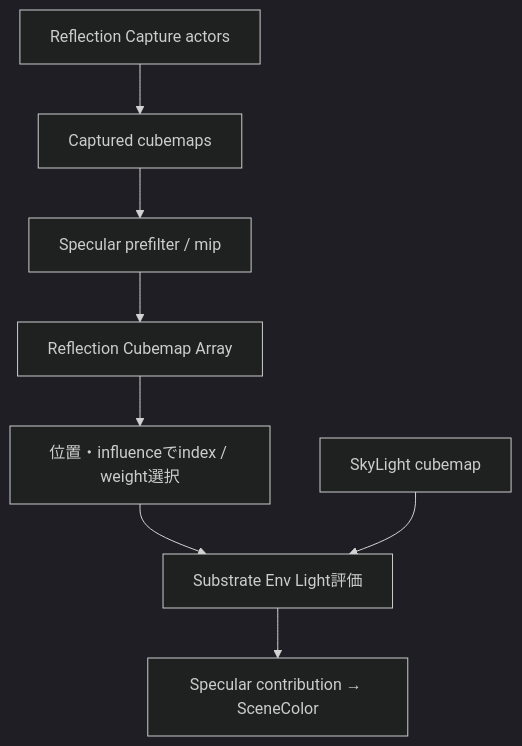
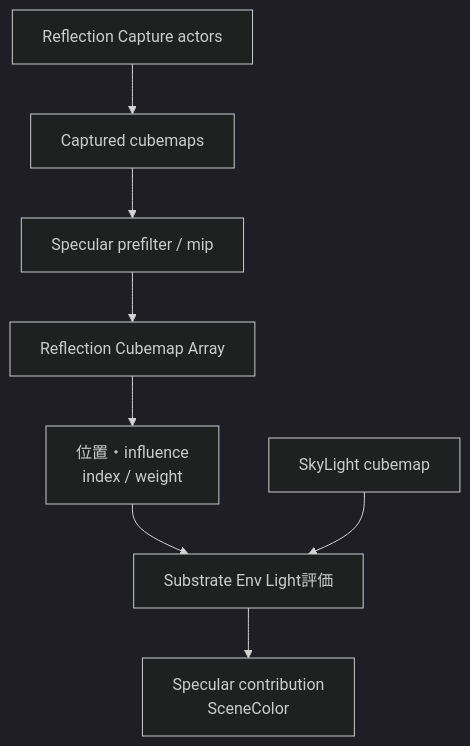
Before and after one commit to tomosud/Odyssey: the third of 3 diagrams in UE_lighting/05_間接光・SkyLight・Reflection.md, drawn with Mermaid (dark theme). The commit also changed other lines of this file and 3 other files, not shown here.

````diff
--- a/UE_lighting/05_間接光・SkyLight・Reflection.md
+++ b/UE_lighting/05_間接光・SkyLight・Reflection.md
@@ -19,10 +72,14 @@
 ```mermaid
 flowchart TD
-    RC[Reflection Capture actors] --> CUBE[Captured cubemaps]
-    CUBE --> PREF[Specular prefilter / mip]
-    PREF --> ARR[Reflection Cubemap Array]
-    ARR --> SEL[位置・influenceでindex / weight選択]
-    SEL --> ENV[Substrate Env Light評価]
-    SKY[SkyLight cubemap] --> ENV
-    ENV --> SC[Specular contribution → SceneColor]
+    RC["Reflection Capture actors"]
+    CUBE["Captured cubemaps"]
+    PREF["Specular prefilter / mip"]
+    ARR["Reflection Cubemap Array"]
+    SEL["位置・influence<br/>index / weight"]
+    ENV["Substrate Env Light評価"]
+    SKY["SkyLight cubemap"]
+    SC["Specular contribution<br/>SceneColor"]
+    RC --> CUBE --> PREF --> ARR --> SEL --> ENV
+    SKY --> ENV
+    ENV --> SC
 ```
````
